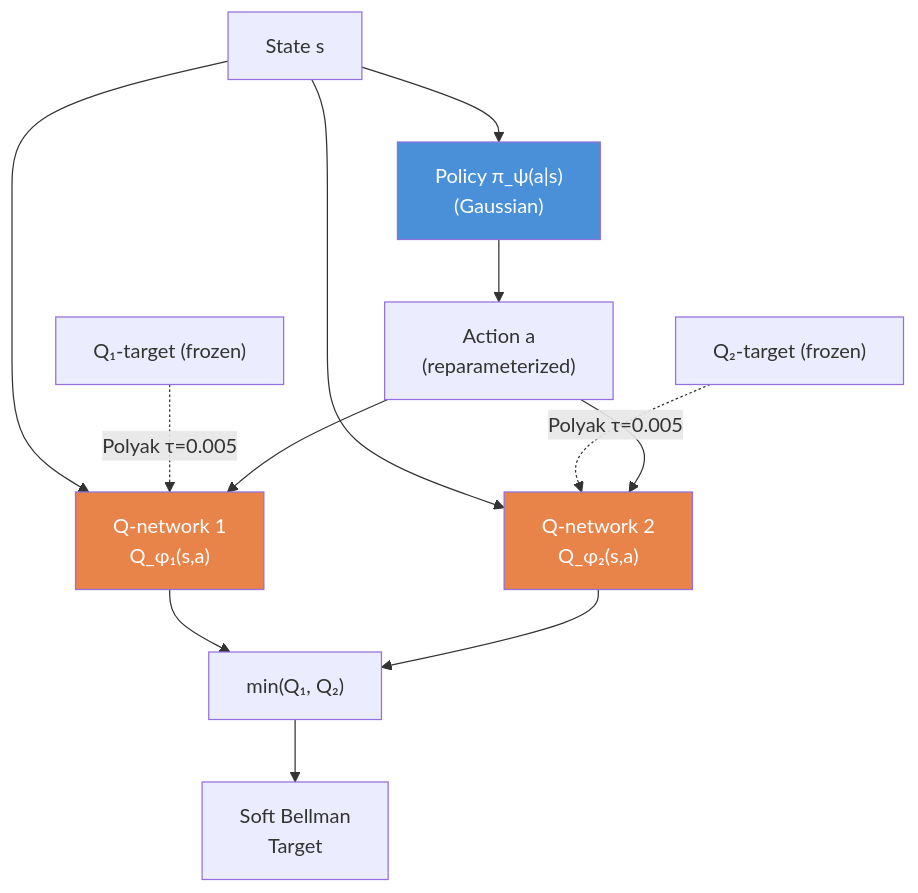
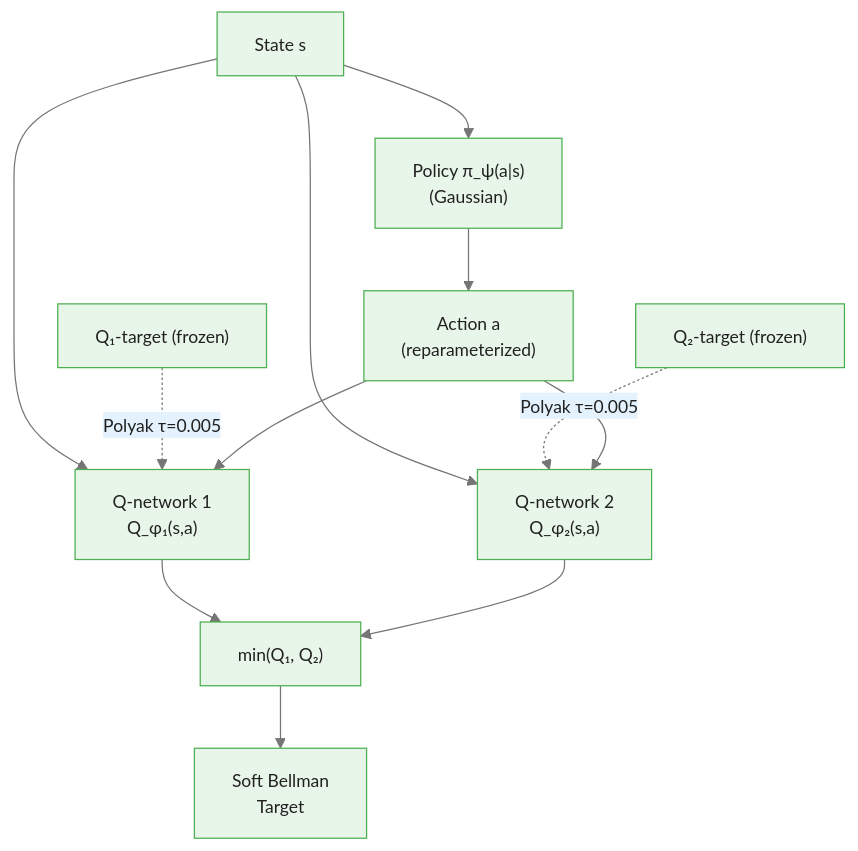
Before and after one commit to m-deane/course-creator: the first of 2 diagrams in courses/reinforcement-learning/modules/module_07_advanced_policy_optimization/guides/03_sac_slides.md, drawn with Mermaid. The commit also changed other lines of this file and 131 other files, not shown here.

````diff
--- a/courses/reinforcement-learning/modules/module_07_advanced_policy_optimization/guides/03_sac_slides.md
+++ b/courses/reinforcement-learning/modules/module_07_advanced_policy_optimization/guides/03_sac_slides.md
@@ -118,21 +148,19 @@
 ```mermaid
+%%{init: {"theme": "base", "themeVariables": {"primaryColor": "#e8f5e9", "primaryBorderColor": "#4caf50", "primaryTextColor": "#212121", "secondaryColor": "#e3f2fd", "tertiaryColor": "#fff8e1", "lineColor": "#757575", "fontFamily": "Inter, sans-serif", "fontSize": "14px"}}}%%
 graph TD
     S["State s"] --> Q1["Q-network 1\nQ_φ₁(s,a)"]
     S --> Q2["Q-network 2\nQ_φ₂(s,a)"]
     S --> Pi["Policy π_ψ(a|s)\n(Gaussian)"]
 
     Q1T["Q₁-target (frozen)"] -.->|"Polyak τ=0.005"| Q1
     Q2T["Q₂-target (frozen)"] -.->|"Polyak τ=0.005"| Q2
 
     Pi --> A["Action a\n(reparameterized)"]
     A --> Q1
     A --> Q2
 
     Min["min(Q₁, Q₂)"] --> Target["Soft Bellman\nTarget"]
     Q1 --> Min
     Q2 --> Min
 
-    style Pi fill:#4A90D9,color:#fff
-    style Q1 fill:#E8844A,color:#fff
-    style Q2 fill:#E8844A,color:#fff
 ```
````
